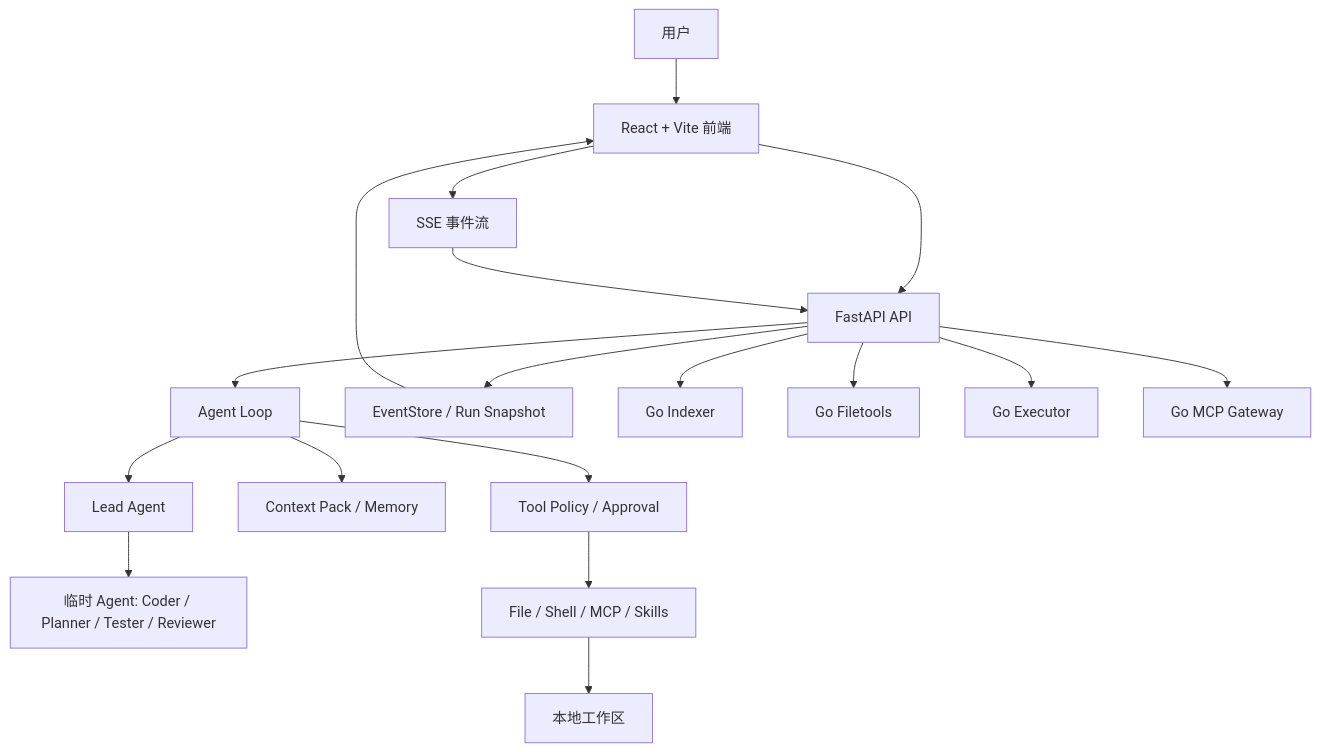
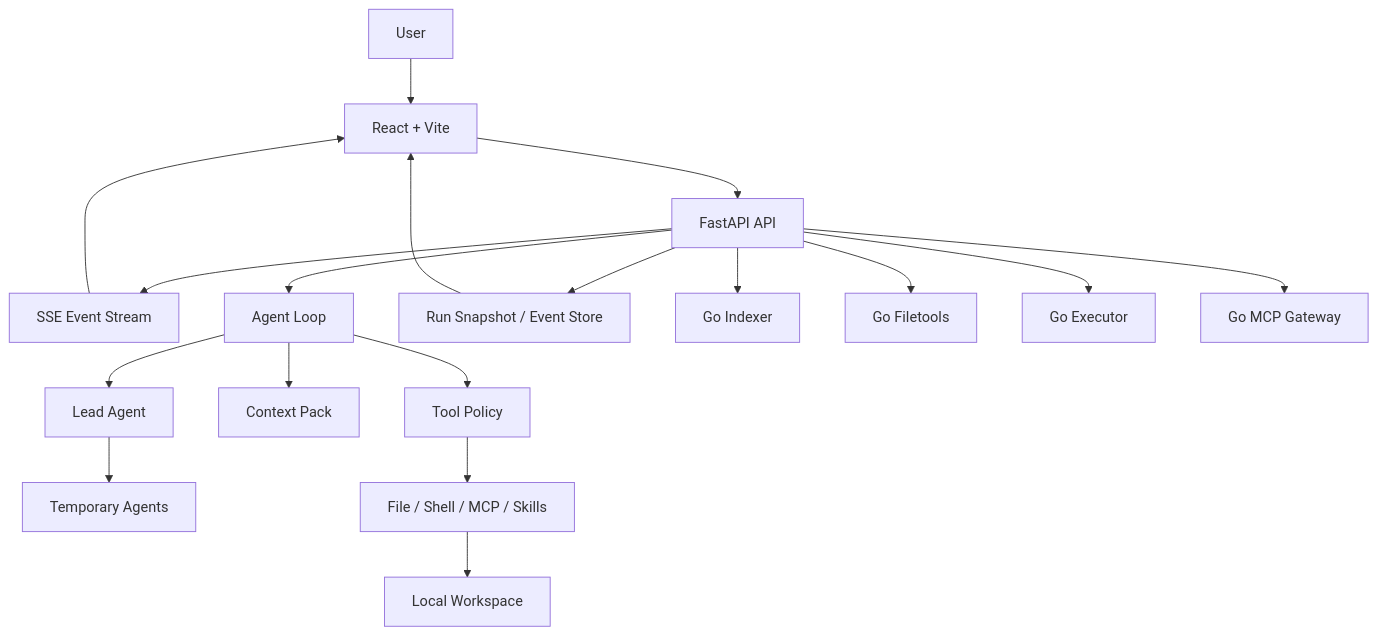
Before and after one commit to MagicalLiHua/nanoCursor: the diagram in README.md, drawn with Mermaid. The commit also changed other lines of this file and 13 other files, not shown here.

````diff
--- a/README.md
+++ b/README.md
@@ -58,23 +155,23 @@
 ```mermaid
 flowchart TD
-    User["用户"] --> UI["React + Vite 前端"]
+    User["User"] --> UI["React + Vite"]
     UI --> API["FastAPI API"]
-    UI --> SSE["SSE 事件流"]
-    SSE --> API
+    API --> SSE["SSE Event Stream"]
+    SSE --> UI
 
     API --> Loop["Agent Loop"]
     Loop --> Lead["Lead Agent"]
-    Lead --> SubAgents["临时 Agent: Coder / Planner / Tester / Reviewer"]
-    Loop --> Context["Context Pack / Memory"]
-    Loop --> Policy["Tool Policy / Approval"]
+    Lead --> Agents["Temporary Agents"]
+    Loop --> Context["Context Pack"]
+    Loop --> Policy["Tool Policy"]
     Policy --> Tools["File / Shell / MCP / Skills"]
-    Tools --> Workspace["本地工作区"]
+    Tools --> Workspace["Local Workspace"]
 
-    API --> Store["EventStore / Run Snapshot"]
+    API --> Store["Run Snapshot / Event Store"]
     Store --> UI
 
     API --> GoIndexer["Go Indexer"]
     API --> GoFiletools["Go Filetools"]
     API --> GoExecutor["Go Executor"]
     API --> GoMCP["Go MCP Gateway"]
 ```
````
